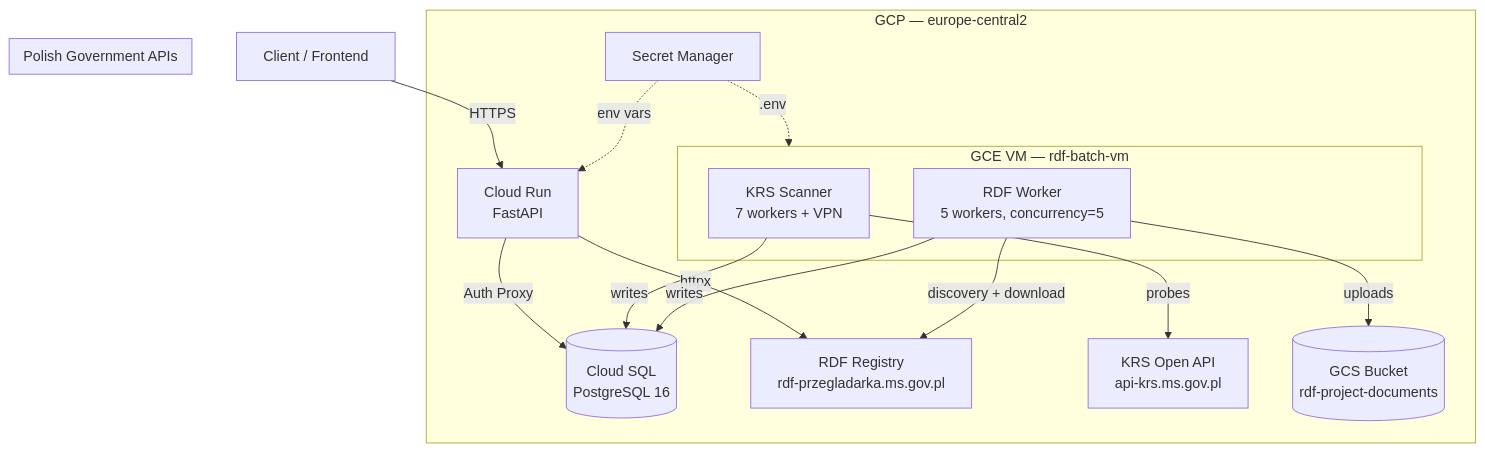
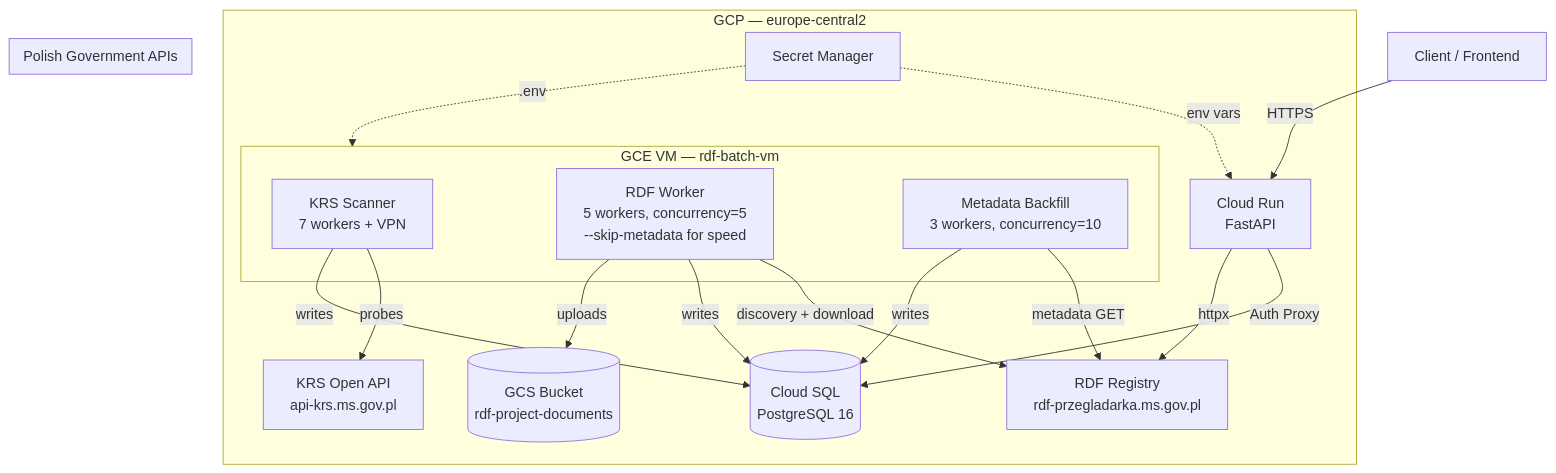
One commit to Karusmeister/rdf-api-project changed the diagram in README.md. Above: the diagram before and after it, drawn with Mermaid. The commit also changed other lines of this file and 12 other files, not shown here.

First line of the commit message:
feat: download speed-up pipeline with --skip-metadata, async GCS, metadata backfill

````diff
--- a/README.md
+++ b/README.md
@@ -15,27 +15,30 @@
 ```mermaid
 graph TB
     Client["Client / Frontend"] -->|HTTPS| API
 
     subgraph GCP["GCP — europe-central2"]
         API["Cloud Run<br/>FastAPI"] -->|Auth Proxy| DB[("Cloud SQL<br/>PostgreSQL 16")]
         API -->|httpx| RDF
 
         subgraph VM["GCE VM — rdf-batch-vm"]
             Scanner["KRS Scanner<br/>7 workers + VPN"]
-            Worker["RDF Worker<br/>5 workers, concurrency=5"]
+            Worker["RDF Worker<br/>5 workers, concurrency=5<br/>--skip-metadata for speed"]
+            MetaBackfill["Metadata Backfill<br/>3 workers, concurrency=10"]
         end
 
         Scanner -->|probes| KRS
         Scanner -->|writes| DB
         Worker -->|discovery + download| RDF
         Worker -->|writes| DB
         Worker -->|uploads| GCS[("GCS Bucket<br/>rdf-project-documents")]
+        MetaBackfill -->|metadata GET| RDF
+        MetaBackfill -->|writes| DB
         Secrets["Secret Manager"] -.->|env vars| API
         Secrets -.->|.env| VM
     end
 
     subgraph Gov["Polish Government APIs"]
         KRS["KRS Open API<br/>api-krs.ms.gov.pl"]
         RDF["RDF Registry<br/>rdf-przegladarka.ms.gov.pl"]
     end
 ```
````
